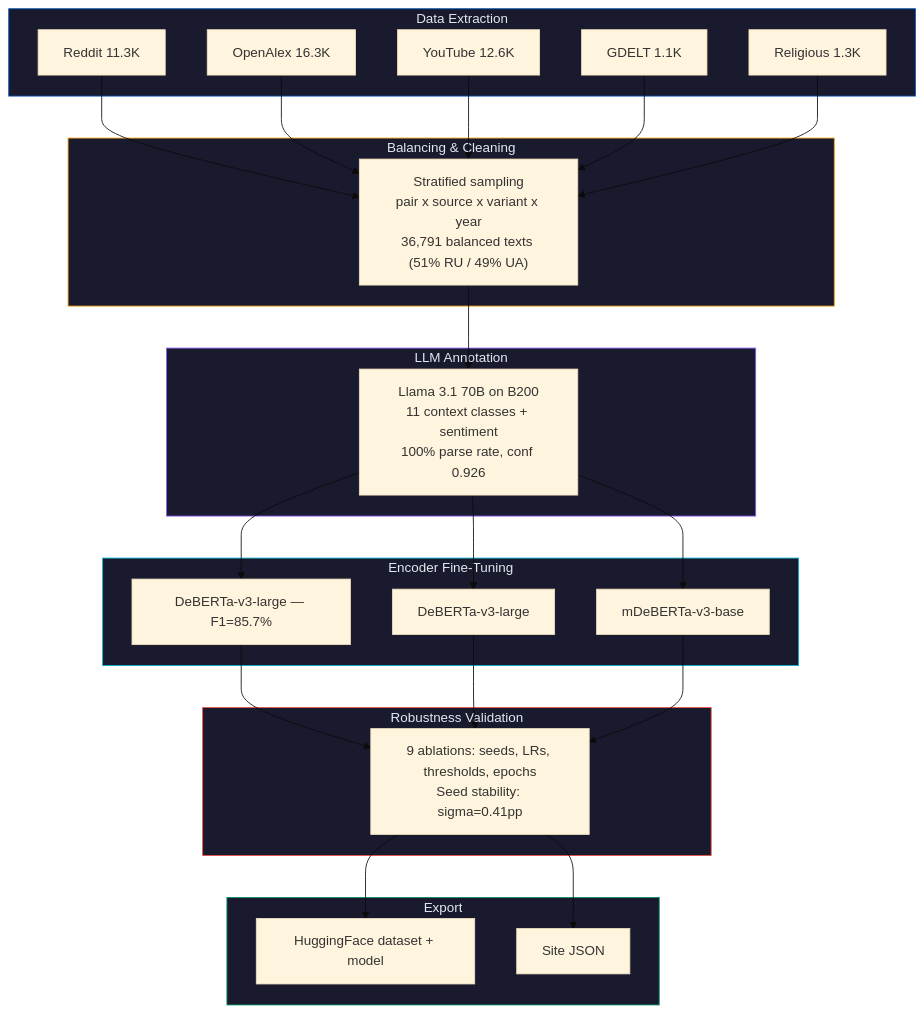
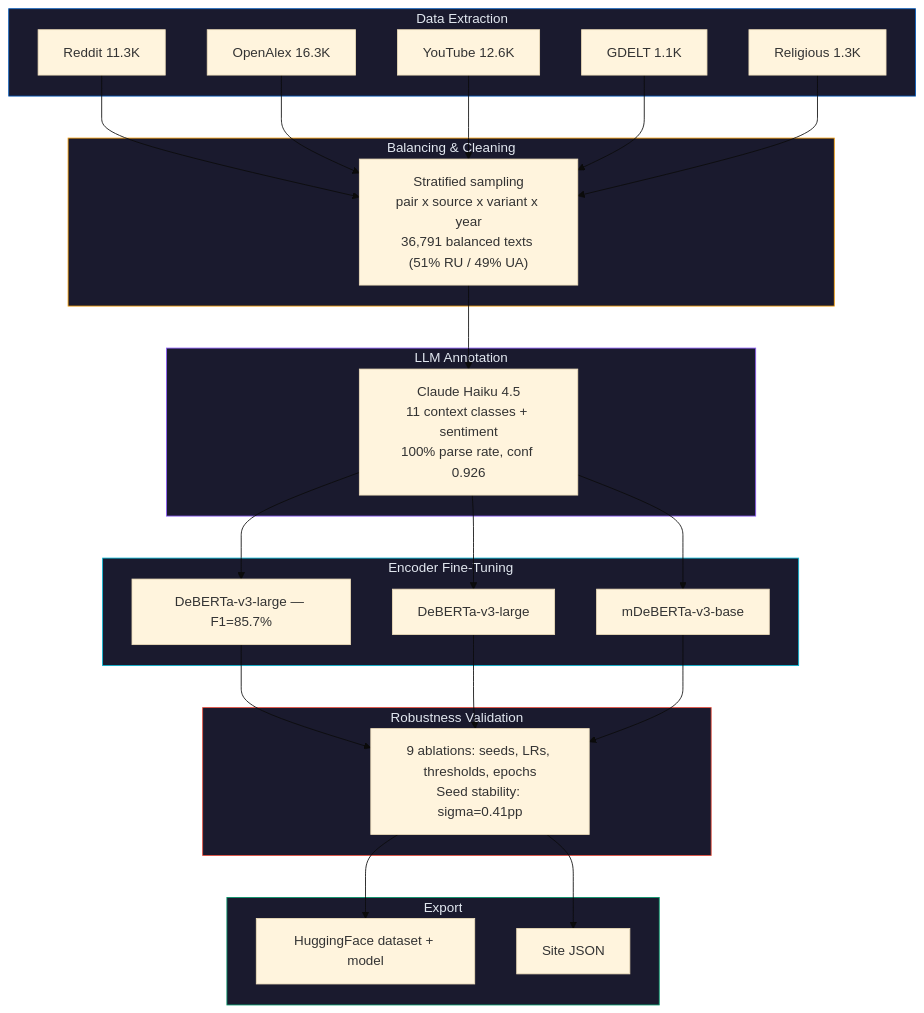
One commit to IvanDobrovolsky/kyivnotkiev changed the diagram in pipeline/cl/README.md. Above: the diagram before and after it, drawn with Mermaid (base theme). The commit also changed other lines of this file and 7 other files, not shown here.

````diff
--- a/pipeline/cl/README.md
+++ b/pipeline/cl/README.md
@@ -22,41 +22,41 @@
 ```mermaid
 flowchart TD
     subgraph Extract["Data Extraction"]
         style Extract fill:#1a1a2e,stroke:#0057B8,color:#e2e8f0
         R["Reddit 11.3K"]
         OA["OpenAlex 16.3K"]
         YT["YouTube 12.6K"]
         G["GDELT 1.1K"]
         Rel["Religious 1.3K"]
     end
 
     subgraph Balance["Balancing & Cleaning"]
         style Balance fill:#1a1a2e,stroke:#f59e0b,color:#e2e8f0
         B["Stratified sampling<br/>pair x source x variant x year<br/>36,791 balanced texts (51% RU / 49% UA)"]
     end
 
     subgraph Annotate["LLM Annotation"]
         style Annotate fill:#1a1a2e,stroke:#8b5cf6,color:#e2e8f0
-        L["Llama 3.1 70B on B200<br/>11 context classes + sentiment<br/>100% parse rate, conf 0.926"]
+        L["Claude Haiku 4.5<br/>11 context classes + sentiment<br/>100% parse rate, conf 0.926"]
     end
 
     subgraph Finetune["Encoder Fine-Tuning"]
         style Finetune fill:#1a1a2e,stroke:#06b6d4,color:#e2e8f0
         X["DeBERTa-v3-large — F1=85.7%"]
         D["DeBERTa-v3-large"]
         M["mDeBERTa-v3-base"]
     end
 
     subgraph Robust["Robustness Validation"]
         style Robust fill:#1a1a2e,stroke:#E74C3C,color:#e2e8f0
         RV["9 ablations: seeds, LRs, thresholds, epochs<br/>Seed stability: sigma=0.41pp"]
     end
 
     subgraph Export["Export"]
         style Export fill:#1a1a2e,stroke:#059669,color:#e2e8f0
         HF["HuggingFace dataset + model"]
         SJ["Site JSON"]
     end
 
     R & OA & YT & G & Rel --> B --> L --> X & D & M --> RV --> HF & SJ
 ```
````
